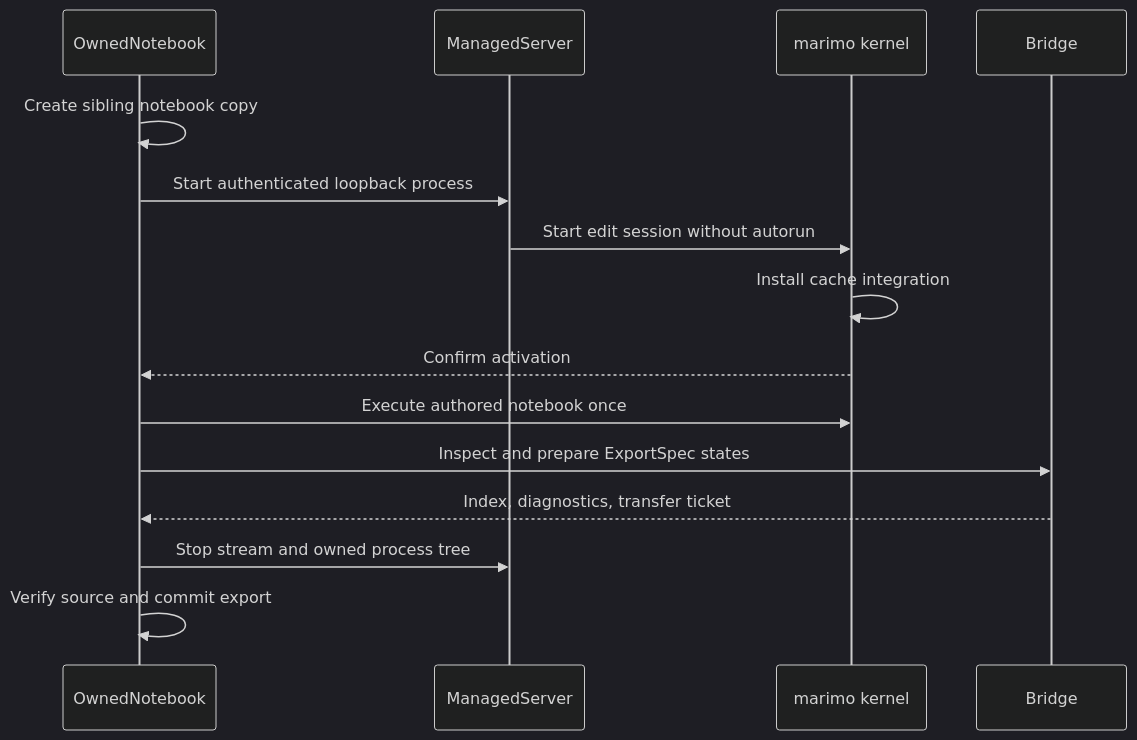
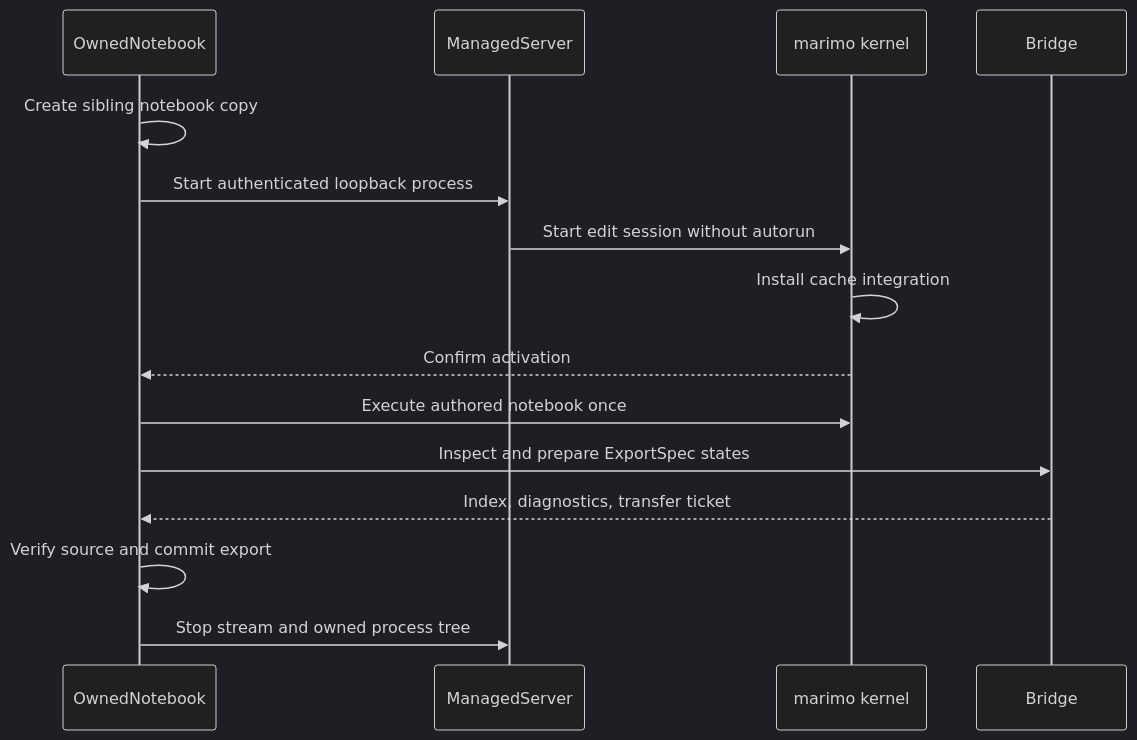
The second of 2 diagrams in development_docs/architecture/marimo-integration.md (marimo-team/marimo-export), drawn with Mermaid (dark theme) before and after one commit. The commit also changed other lines of this file and 90 other files, not shown here.

````diff
--- a/development_docs/architecture/marimo-integration.md
+++ b/development_docs/architecture/marimo-integration.md
@@ -58,18 +58,18 @@
 ```mermaid
 sequenceDiagram
     participant Producer as OwnedNotebook
     participant Server as ManagedServer
     participant Kernel as marimo kernel
     participant Bridge
 
     Producer->>Producer: Create sibling notebook copy
     Producer->>Server: Start authenticated loopback process
     Server->>Kernel: Start edit session without autorun
     Kernel->>Kernel: Install cache integration
     Kernel-->>Producer: Confirm activation
     Producer->>Kernel: Execute authored notebook once
     Producer->>Bridge: Inspect and prepare ExportSpec states
     Bridge-->>Producer: Index, diagnostics, transfer ticket
+    Producer->>Producer: Verify source and commit export
     Producer->>Server: Stop stream and owned process tree
-    Producer->>Producer: Verify source and commit export
 ```
````
